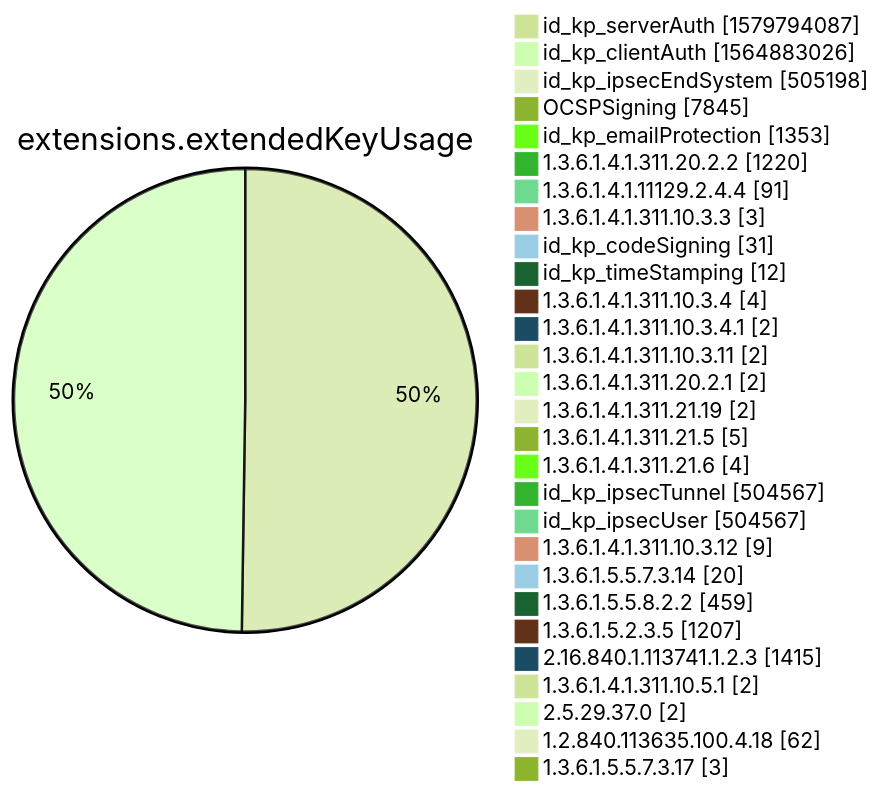
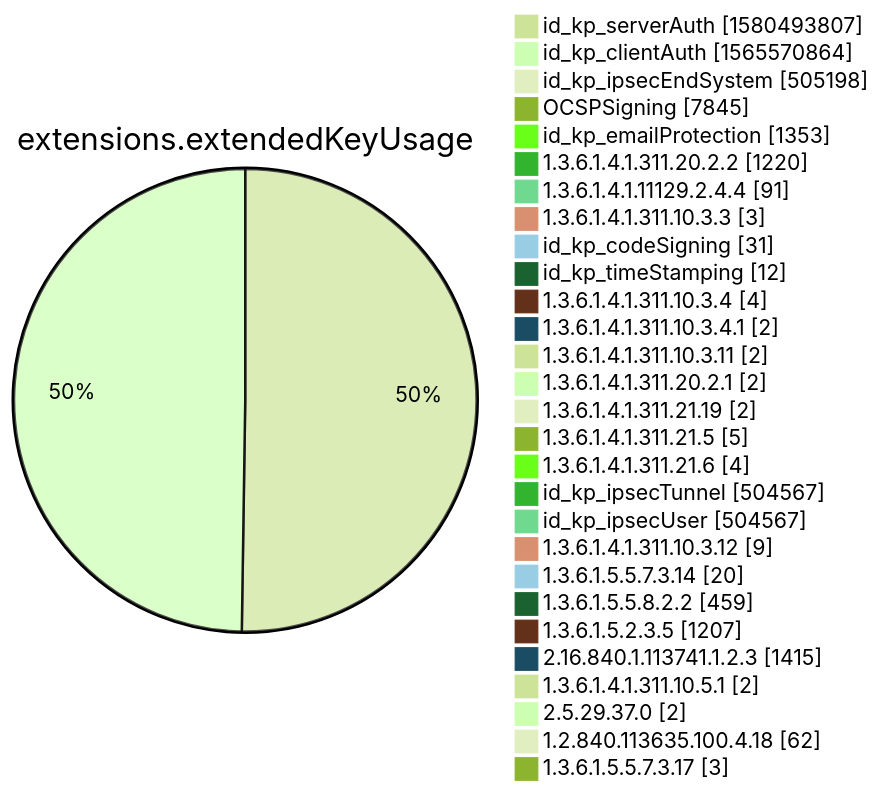
One commit to christiankrug/ctmonitor_visualization changed diagram 12 of 15 in xenon2022/README.md. Above: the diagram before and after it, drawn with Mermaid (forest theme). The commit also changed other lines of this file, not shown here.

````diff
--- a/xenon2022/README.md
+++ b/xenon2022/README.md
@@ -3884,32 +3884,32 @@
 ```mermaid
 pie showData
 title extensions.extendedKeyUsage
-"id_kp_serverAuth" :1579794087
-"id_kp_clientAuth" :1564883026
+"id_kp_serverAuth" :1580493807
+"id_kp_clientAuth" :1565570864
 "id_kp_ipsecEndSystem" :505198
 "OCSPSigning" :7845
 "id_kp_emailProtection" :1353
 "1.3.6.1.4.1.311.20.2.2" :1220
 "1.3.6.1.4.1.11129.2.4.4" :91
 "1.3.6.1.4.1.311.10.3.3" :3
 "id_kp_codeSigning" :31
 "id_kp_timeStamping" :12
 "1.3.6.1.4.1.311.10.3.4" :4
 "1.3.6.1.4.1.311.10.3.4.1" :2
 "1.3.6.1.4.1.311.10.3.11" :2
 "1.3.6.1.4.1.311.20.2.1" :2
 "1.3.6.1.4.1.311.21.19" :2
 "1.3.6.1.4.1.311.21.5" :5
 "1.3.6.1.4.1.311.21.6" :4
 "id_kp_ipsecTunnel" :504567
 "id_kp_ipsecUser" :504567
 "1.3.6.1.4.1.311.10.3.12" :9
 "1.3.6.1.5.5.7.3.14" :20
 "1.3.6.1.5.5.8.2.2" :459
 "1.3.6.1.5.2.3.5" :1207
 "2.16.840.1.113741.1.2.3" :1415
 "1.3.6.1.4.1.311.10.5.1" :2
 "2.5.29.37.0" :2
 "1.2.840.113635.100.4.18" :62
 "1.3.6.1.5.5.7.3.17" :3
 ```
````
